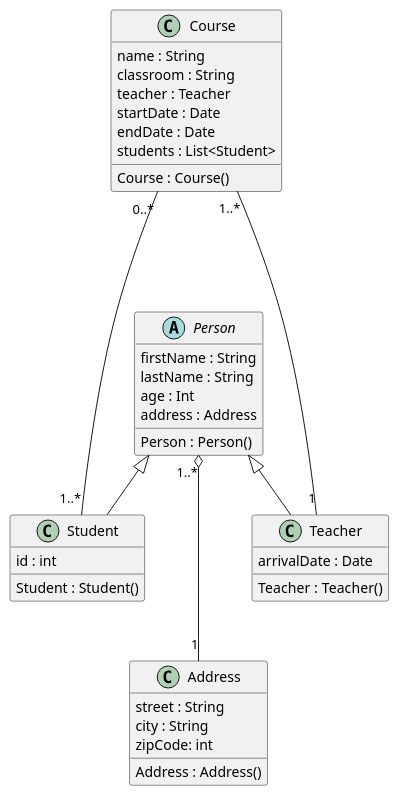
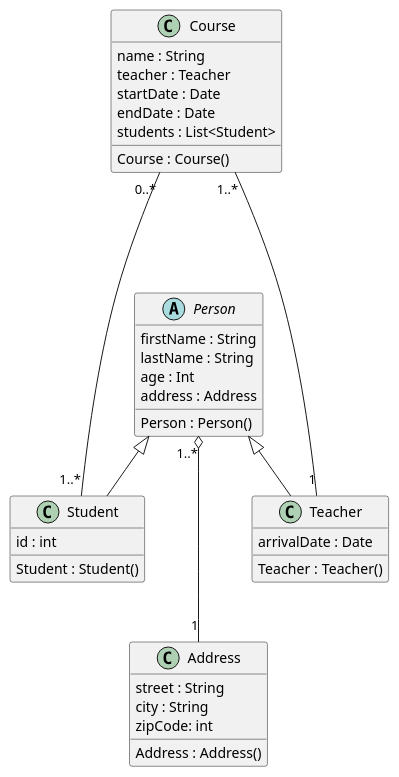
Before and after one commit to john7440/GestionEcole---Groupe: the diagram in doc/DiagramClass.puml, drawn with PlantUML.

Commit message:
Suppression de l'attribut classroom dans le diagramme de classe

```diff
--- a/doc/DiagramClass.puml
+++ b/doc/DiagramClass.puml
@@ -1,48 +1,47 @@
 @startuml
 
 abstract class  Person{
     firstName : String
     lastName : String
     age : Int
     address : Address
 
     Person : Person()
 }
 
 class Address{
     street : String
     city : String
     zipCode: int
 
     Address : Address()
 }
 
 class Student extends Person{
     id : int
 
     Student : Student()
 }
 
 class Teacher extends Person{
     arrivalDate : Date
 
     Teacher : Teacher()
 }
 
 class Course{
     name : String
-    classroom : String
     teacher : Teacher
     startDate : Date
     endDate : Date
     students : List<Student>
 
     Course : Course()
 }
 
 Person "1..*" o--- "1" Address
 Course "1..*" ---- "1" Teacher
 Course "0..*" ---- "1..*" Student
 
 
 @enduml
```
